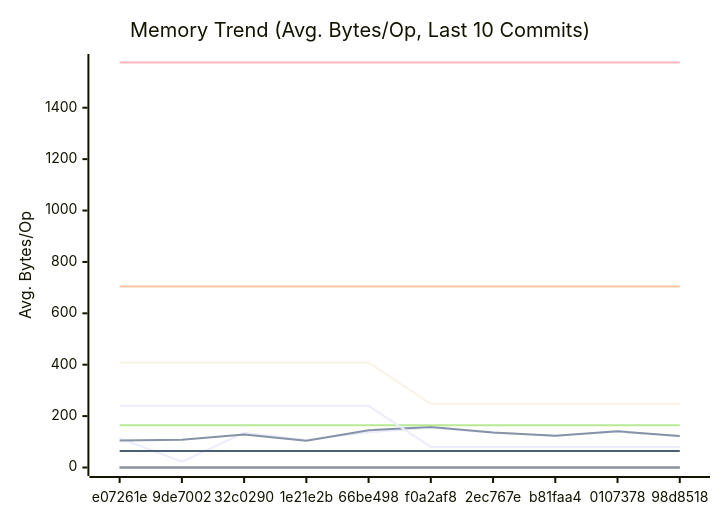
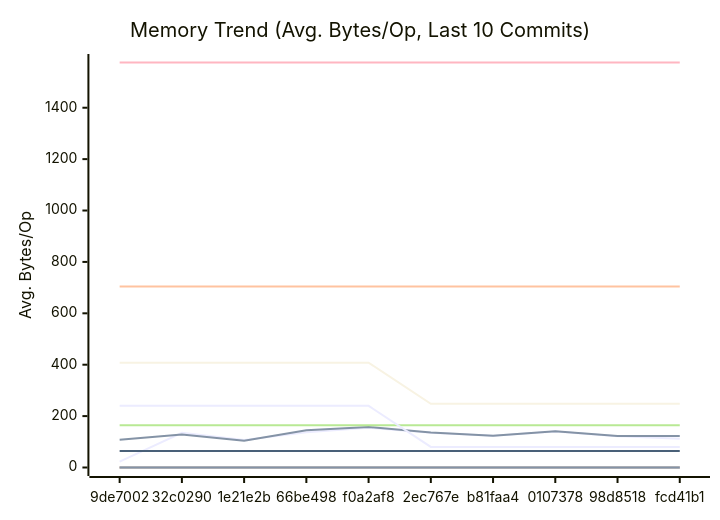
Before and after one commit to alsotoes/momo: the second of 3 diagrams in docs/PERFORMANCE.md, drawn with Mermaid. The commit also changed other lines of this file and 3 other files, not shown here.

````diff
--- a/docs/PERFORMANCE.md
+++ b/docs/PERFORMANCE.md
@@ -171,20 +171,20 @@
 ```mermaid
 xychart-beta
     title "Memory Trend (Avg. Bytes/Op, Last 10 Commits)"
     x-axis "Commit"
     y-axis "Avg. Bytes/Op"
-    x-axis [e07261e,9de7002,32c0290,1e21e2b,66be498,f0a2af8,2ec767e,b81faa4,0107378,98d8518]
-    line "AWSChunkedReaderSigned" [114,23,135,107,137,155,135,124,140,122]
-    line "AWSChunkedReaderUnsigned" [105,108,128,104,145,158,136,124,141,123]
+    x-axis [9de7002,32c0290,1e21e2b,66be498,f0a2af8,2ec767e,b81faa4,0107378,98d8518,fcd41b1]
+    line "AWSChunkedReaderSigned" [23,135,107,137,155,135,124,140,122,112]
+    line "AWSChunkedReaderUnsigned" [108,128,104,145,158,136,124,141,123,123]
     line "CheckMetricsAndSwap" [0,0,0,0,0,0,0,0,0,0]
     line "CrushOptimized" [0,0,0,0,0,0,0,0,0,0]
     line "CrushOriginal" [164,164,164,164,164,164,164,164,164,164]
     line "IndexDirectTracking" [0,0,0,0,0,0,0,0,0,0]
     line "IndexSearch" [0,0,0,0,0,0,0,0,0,0]
     line "LoadGlobalConfig" [1576,1576,1576,1576,1576,1576,1576,1576,1576,1576]
     line "PadString" [64,64,64,64,64,64,64,64,64,64]
     line "ParseReplicationOrder_NoPrealloc" [408,408,408,408,408,248,248,248,248,248]
     line "ParseReplicationOrder_Prealloc" [240,240,240,240,240,80,80,80,80,80]
     line "SanitizeLog/Safe" [0,0,0,0,0,0,0,0,0,0]
     line "SanitizeLog/Unsafe" [704,704,704,704,704,704,704,704,704,704]
 ```
````
